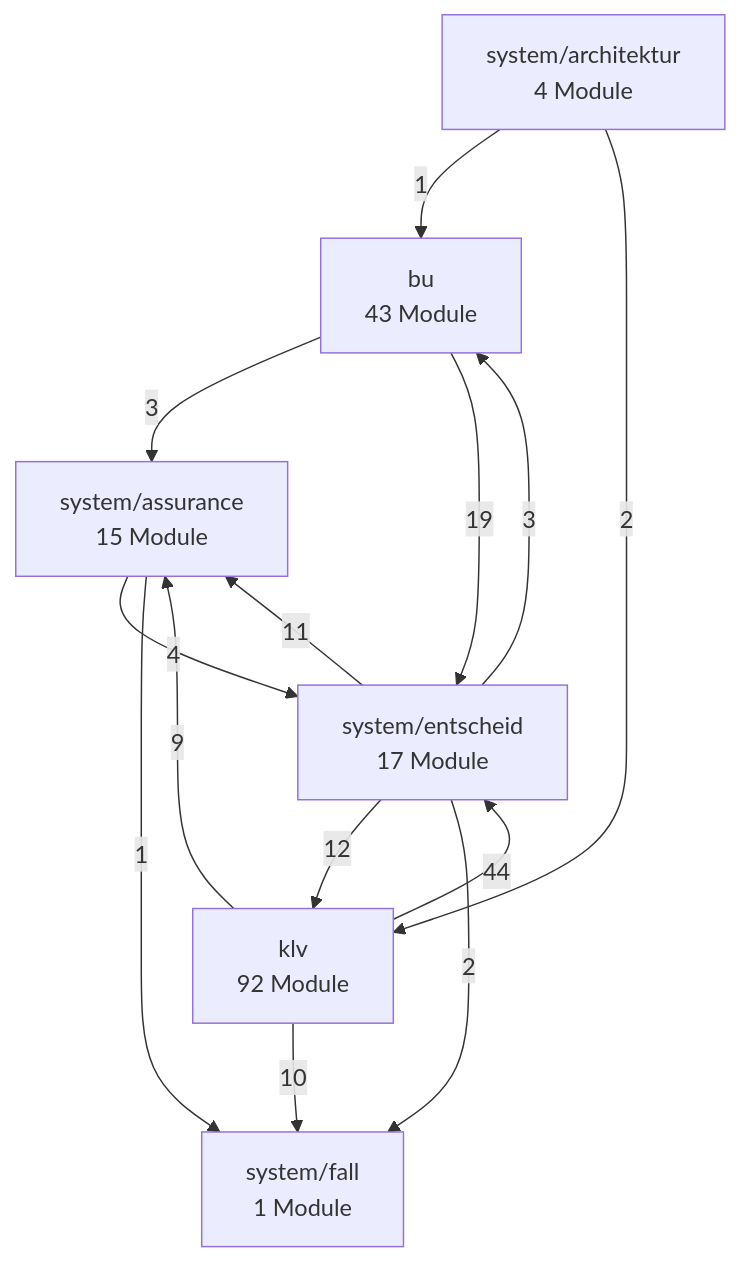
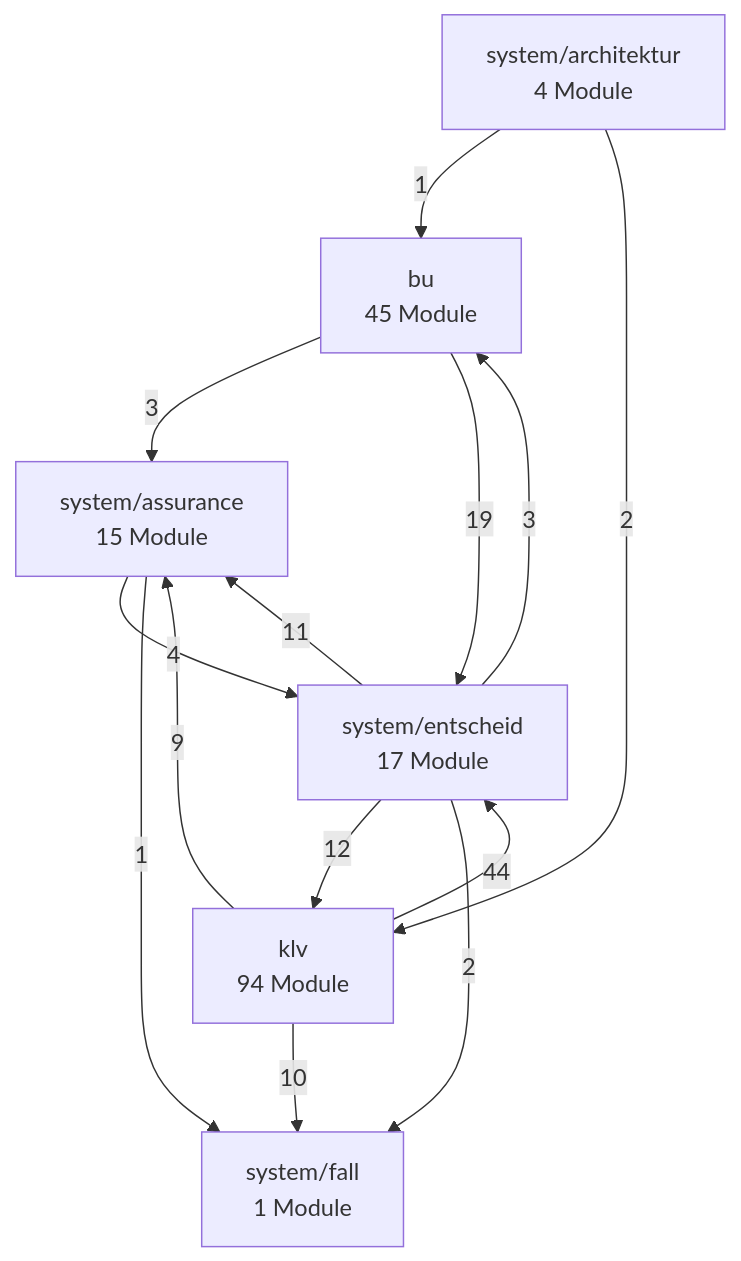
The second of 3 diagrams in docs/architektur/landkarte.md (bartlmac/rechner-pipeline), drawn with Mermaid before and after one commit. The commit also changed other lines of this file and 10 other files, not shown here.

````diff
--- a/docs/architektur/landkarte.md
+++ b/docs/architektur/landkarte.md
@@ -80,23 +80,23 @@
 ```mermaid
 %% Fachknoten — erzeugt von ontologie.landkarte
 flowchart TD
-    bu["bu<br/>43 Module"]
-    klv["klv<br/>92 Module"]
+    bu["bu<br/>45 Module"]
+    klv["klv<br/>94 Module"]
     system_architektur["system/architektur<br/>4 Module"]
     system_assurance["system/assurance<br/>15 Module"]
     system_entscheid["system/entscheid<br/>17 Module"]
     system_fall["system/fall<br/>1 Module"]
     bu -- 3 --> system_assurance
     bu -- 19 --> system_entscheid
     klv -- 9 --> system_assurance
     klv -- 44 --> system_entscheid
     klv -- 10 --> system_fall
     system_architektur -- 1 --> bu
     system_architektur -- 2 --> klv
     system_assurance -- 4 --> system_entscheid
     system_assurance -- 1 --> system_fall
     system_entscheid -- 3 --> bu
     system_entscheid -- 12 --> klv
     system_entscheid -- 11 --> system_assurance
     system_entscheid -- 2 --> system_fall
 ```
````
